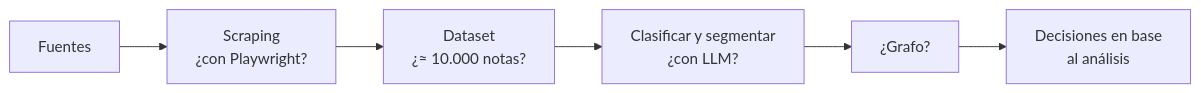
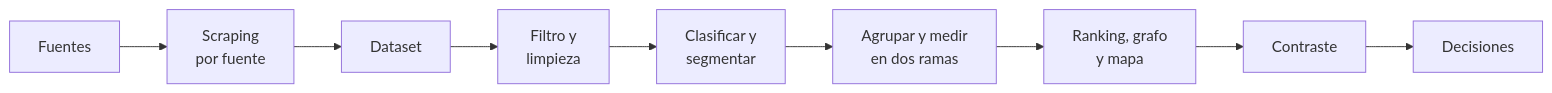
One commit to NachoSamo/pipeline-decision-data changed the first of 2 diagrams in README.md. Above: the diagram before and after it, drawn with Mermaid. The commit also changed other lines of this file and 23 other files, not shown here.

````diff
--- a/README.md
+++ b/README.md
@@ -69,8 +70,11 @@
 ```mermaid
 flowchart LR
-    A["Fuentes"] --> B["Scraping<br/>¿con Playwright?"]
-    B --> C["Dataset<br/>¿≈ 10.000 notas?"]
-    C --> D["Clasificar y segmentar<br/>¿con LLM?"]
-    D --> E["¿Grafo?"]
-    E --> F["Decisiones en base<br/>al análisis"]
+    A["Fuentes"] --> B["Scraping<br/>por fuente"]
+    B --> C["Dataset"]
+    C --> D["Filtro y<br/>limpieza"]
+    D --> E["Clasificar y<br/>segmentar"]
+    E --> F["Agrupar y medir<br/>en dos ramas"]
+    F --> G["Ranking, grafo<br/>y mapa"]
+    G --> H["Contraste"]
+    H --> I["Decisiones"]
 ```
````
